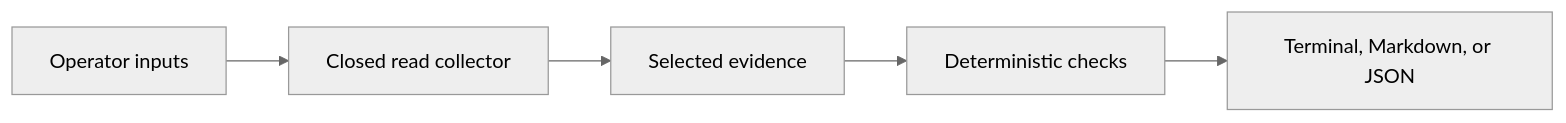
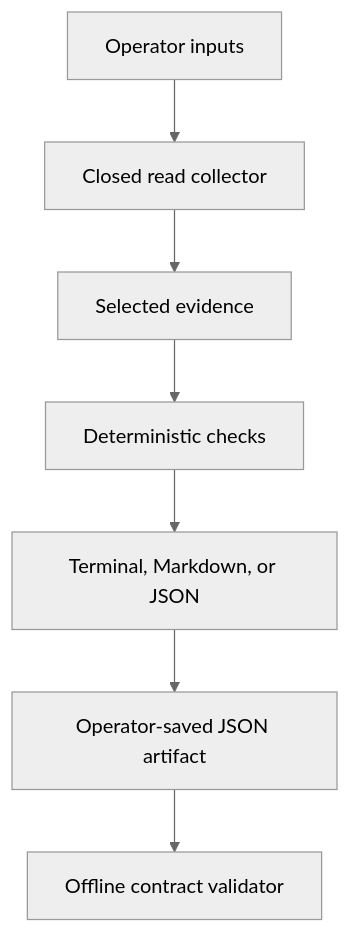
The second of 2 diagrams in docs/architecture.md (wmstipes/The-Foundry-Initiative), drawn with Mermaid (neutral theme) before and after one commit. The commit also changed other lines of this file and 17 other files, not shown here.

````diff
--- a/docs/architecture.md
+++ b/docs/architecture.md
@@ -153,7 +153,9 @@
 ```mermaid
-flowchart LR
+flowchart TD
     Operator["Operator inputs"] --> Collector["Closed read collector"]
     Collector --> Normalize["Selected evidence"]
     Normalize --> Evaluate["Deterministic checks"]
     Evaluate --> Render["Terminal, Markdown, or JSON"]
+    Render --> Artifact["Operator-saved JSON artifact"]
+    Artifact --> Validator["Offline contract validator"]
 ```
````
